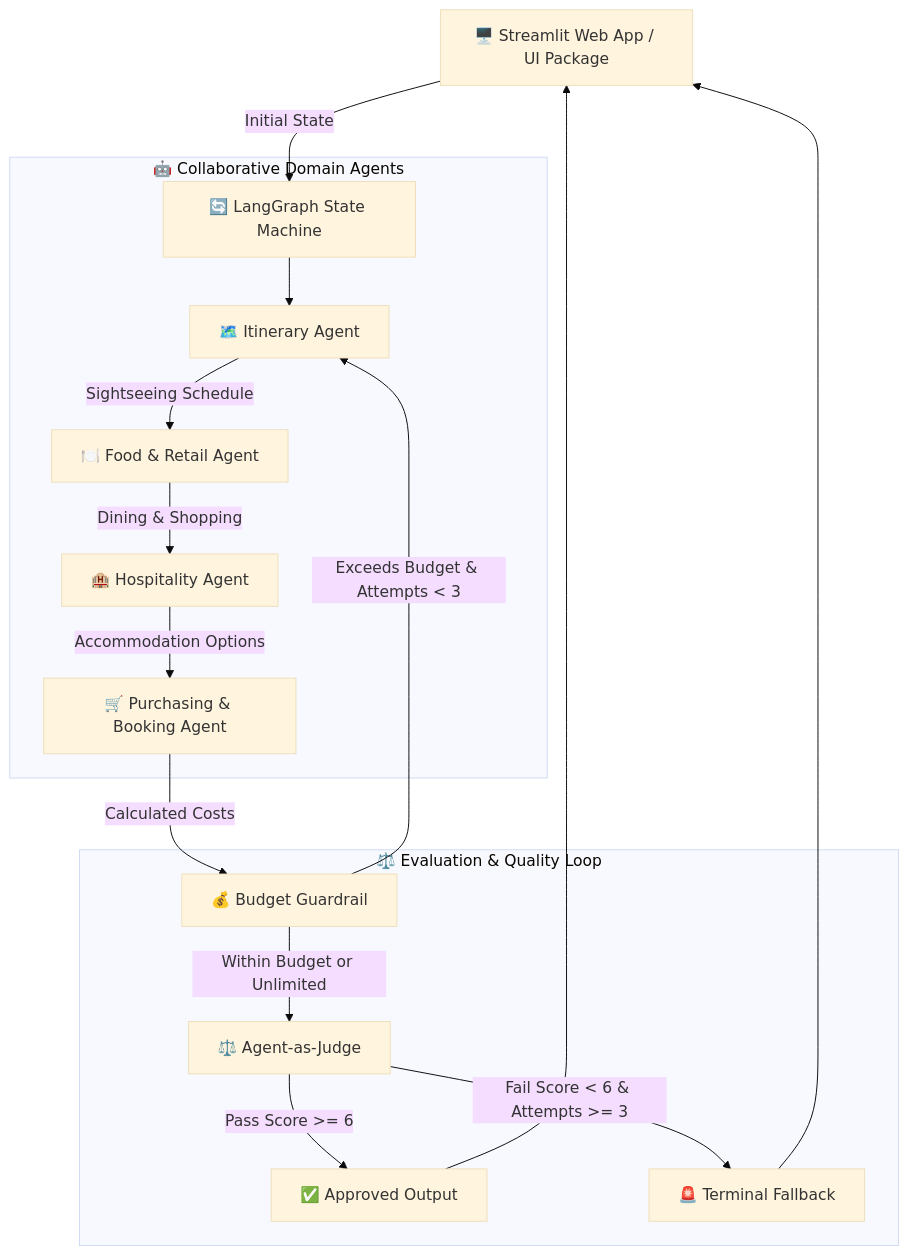
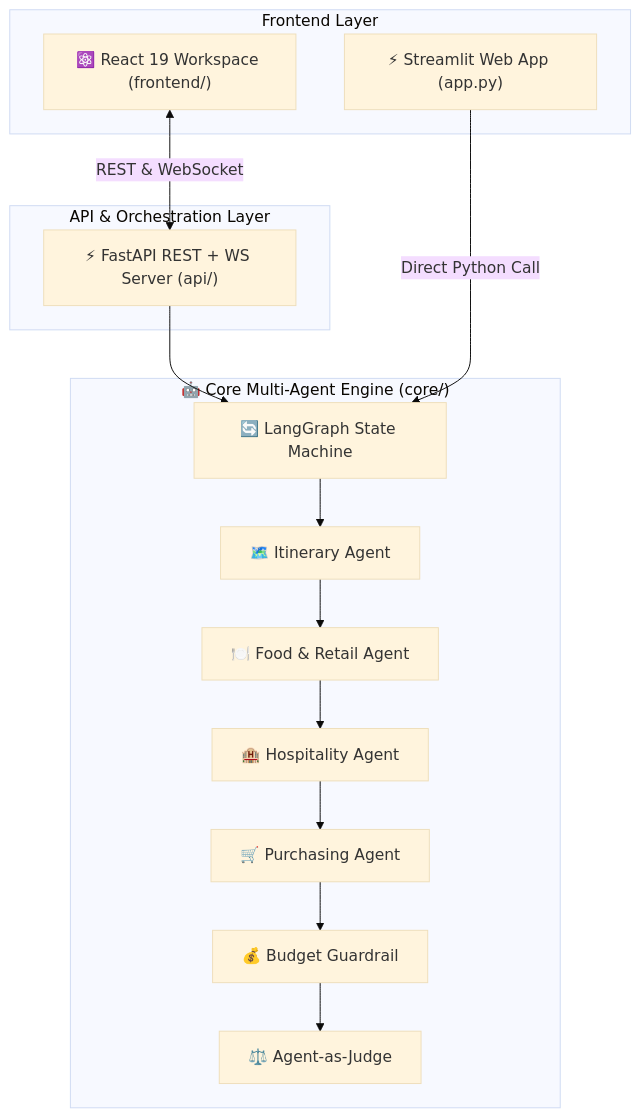
Before and after one commit to yanchangchen/aitravelbuddy: the diagram in README.md, drawn with Mermaid (base theme). The commit also changed other lines of this file and 2964 other files, not shown here.

Commit message:
feat: Add FastAPI backend and React Traveler Desk workspace with Playwright E2E tests

````diff
--- a/README.md
+++ b/README.md
@@ -11,22 +20,27 @@
 ```mermaid
 graph TD
-    UI[🖥️ Streamlit Web App / UI Package] -->|Initial State| SG[🔄 LangGraph State Machine]
-
-    subgraph "🤖 Collaborative Domain Agents"
-        SG --> Node1[🗺️ Itinerary Agent]
-        Node1 -->|Sightseeing Schedule| Node2[🍽️ Food & Retail Agent]
-        Node2 -->|Dining & Shopping| Node3[🏨 Hospitality Agent]
-        Node3 -->|Accommodation Options| Node4[🛒 Purchasing & Booking Agent]
+    subgraph "Frontend Layer"
+        ReactApp["⚛️ React 19 Workspace (frontend/)"]
+        StreamlitApp["⚡ Streamlit Web App (app.py)"]
     end
 
-    subgraph "⚖️ Evaluation & Quality Loop"
-        Node4 -->|Calculated Costs| Guard[💰 Budget Guardrail]
-        Guard -->|Exceeds Budget & Attempts < 3| Node1
-        Guard -->|Within Budget or Unlimited| Judge[⚖️ Agent-as-Judge]
-        Judge -->|Pass Score >= 6| Approved[✅ Approved Output]
-        Judge -->|Fail Score < 6 & Attempts >= 3| Fallback[🚨 Terminal Fallback]
+    subgraph "API & Orchestration Layer"
+        API["⚡ FastAPI REST + WS Server (api/)"]
     end
 
-    Approved --> UI
-    Fallback --> UI
+    subgraph "🤖 Core Multi-Agent Engine (core/)"
+        SG["🔄 LangGraph State Machine"]
+        Node1["🗺️ Itinerary Agent"]
+        Node2["🍽️ Food & Retail Agent"]
+        Node3["🏨 Hospitality Agent"]
+        Node4["🛒 Purchasing Agent"]
+        Guard["💰 Budget Guardrail"]
+        Judge["⚖️ Agent-as-Judge"]
+    end
+
+    ReactApp <-->|REST & WebSocket| API
+    API --> SG
+    StreamlitApp -->|Direct Python Call| SG
+
+    SG --> Node1 --> Node2 --> Node3 --> Node4 --> Guard --> Judge
 ```
````
